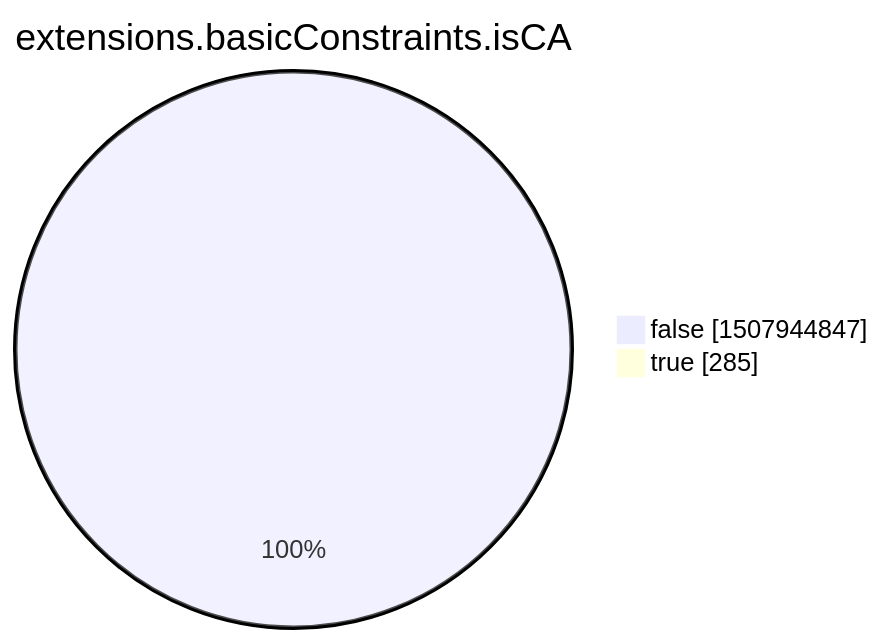
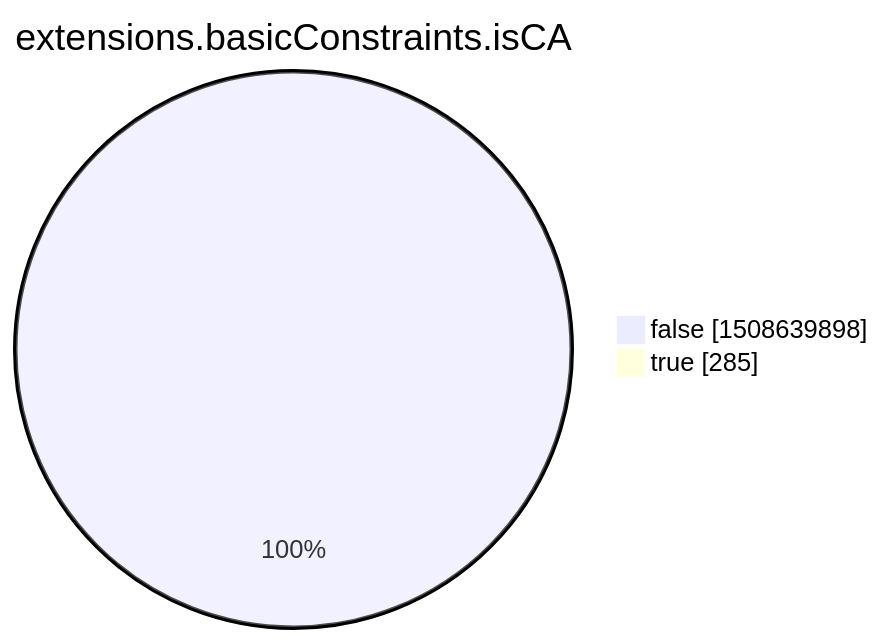
The eighth of 15 diagrams in xenon2022/README.md (christiankrug/ctmonitor_visualization), drawn with Mermaid before and after one commit. The commit also changed other lines of this file, not shown here.

````diff
--- a/xenon2022/README.md
+++ b/xenon2022/README.md
@@ -2854,6 +2854,6 @@
 ```mermaid
 pie showData
 title extensions.basicConstraints.isCA
-"false" :1507944847
+"false" :1508639898
 "true" :285
 ```
````
